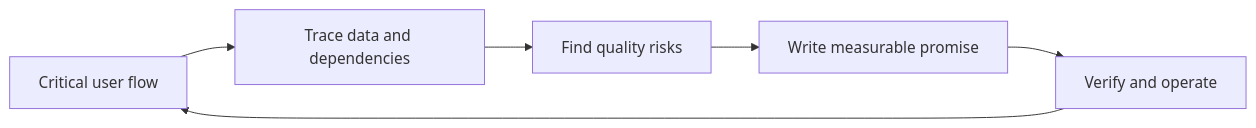
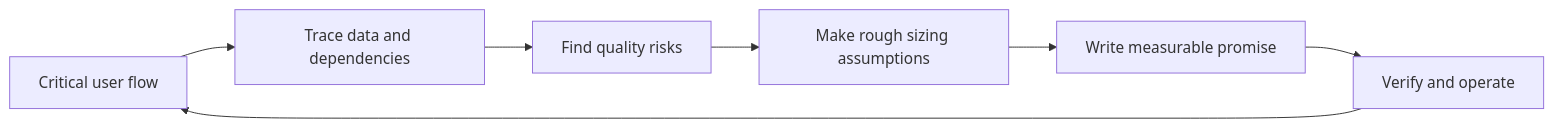
Before and after one commit to flynn3103/engineer-knowledge: the diagram in craftsmanship/system-design/non-functional-requirements/problem.md, drawn with Mermaid. The commit also changed other lines of this file and 13 other files, not shown here.

````diff
--- a/craftsmanship/system-design/non-functional-requirements/problem.md
+++ b/craftsmanship/system-design/non-functional-requirements/problem.md
@@ -27,8 +28,9 @@
 ```mermaid
 flowchart LR
     F[Critical user flow] --> T[Trace data and dependencies]
     T --> R[Find quality risks]
-    R --> P[Write measurable promise]
+    R --> S[Make rough sizing assumptions]
+    S --> P[Write measurable promise]
     P --> E[Verify and operate]
     E --> F
 ```
````
